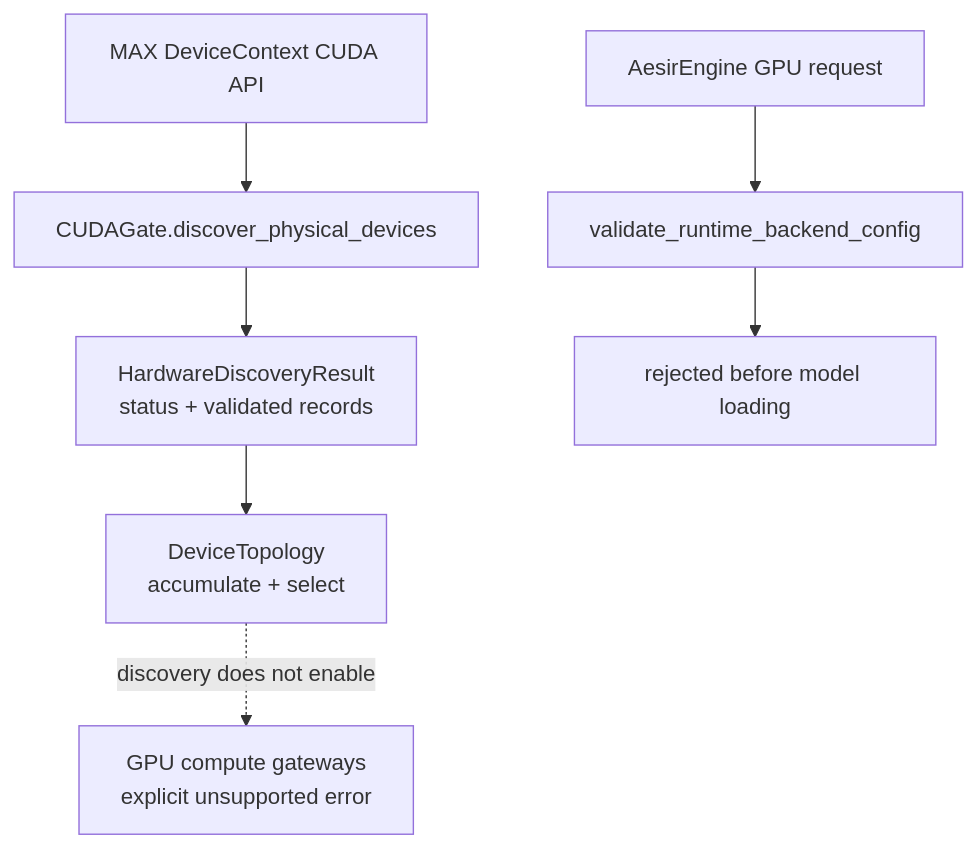
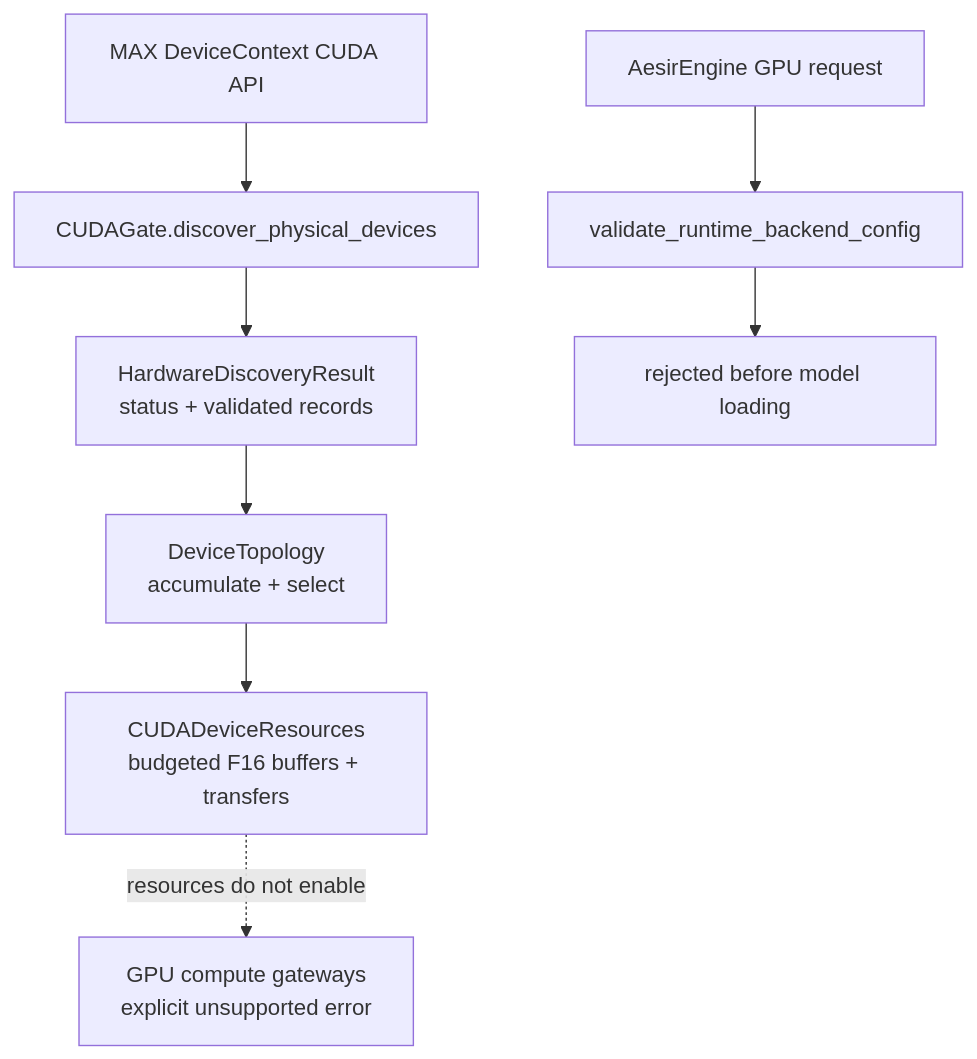
The fourth of 9 diagrams in docs/ARCHITECTURE.md (hrabanazviking/RuneForgeAI-Project-Aesir), drawn with Mermaid before and after one commit. The commit also changed other lines of this file and 9 other files, not shown here.

````diff
--- a/docs/ARCHITECTURE.md
+++ b/docs/ARCHITECTURE.md
@@ -256,9 +256,10 @@
 ```mermaid
 graph TD
     MAX[MAX DeviceContext CUDA API] --> CG[CUDAGate.discover_physical_devices]
     CG --> R[HardwareDiscoveryResult<br/>status + validated records]
     R --> T[DeviceTopology<br/>accumulate + select]
-    T -. discovery does not enable .-> G[GPU compute gateways<br/>explicit unsupported error]
+    T --> CR[CUDADeviceResources<br/>budgeted F16 buffers + transfers]
+    CR -. resources do not enable .-> G[GPU compute gateways<br/>explicit unsupported error]
     E[AesirEngine GPU request] --> V[validate_runtime_backend_config]
     V --> X[rejected before model loading]
 ```
````
